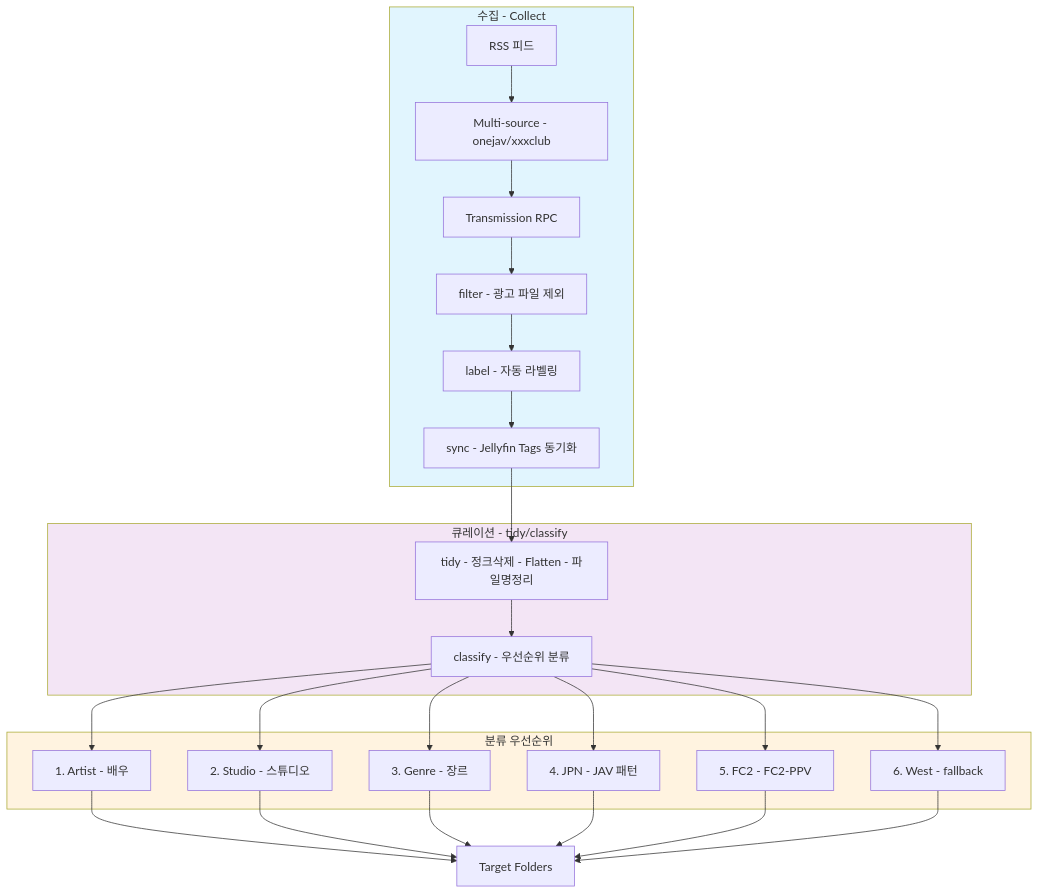
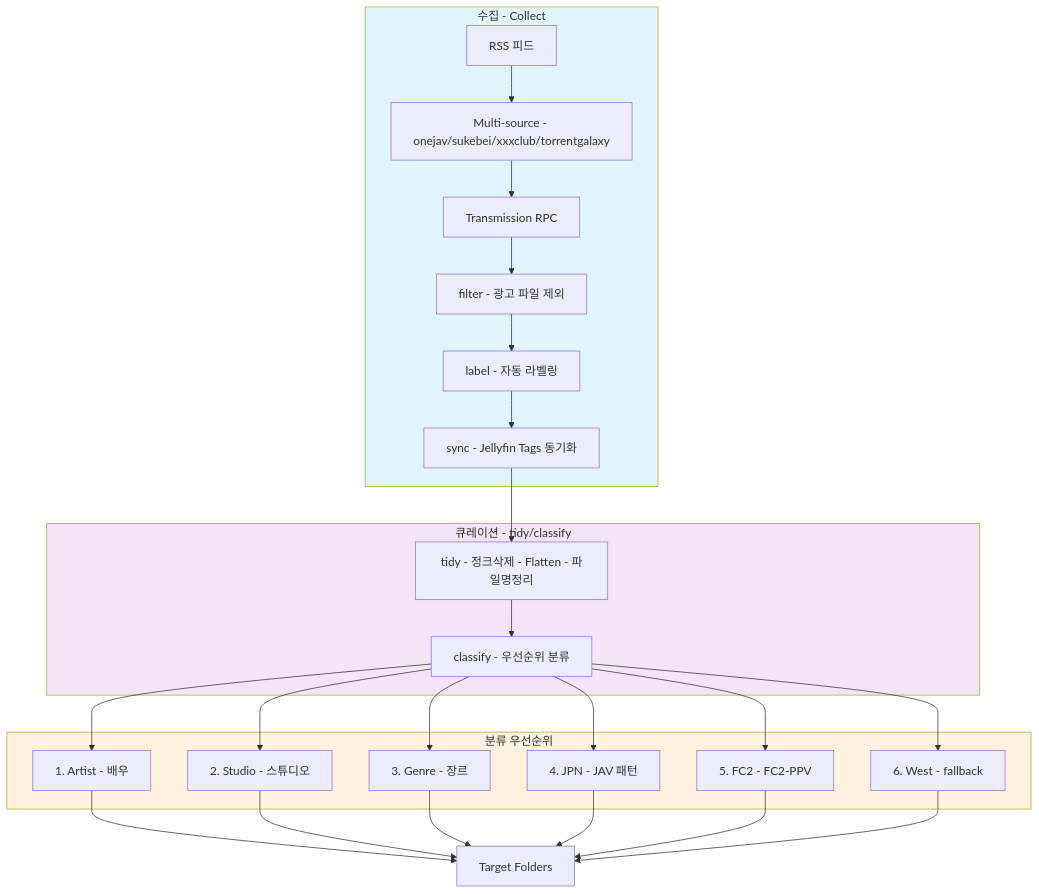
One commit to deuxksy/Meridian-X changed the diagram in README.md. Above: the diagram before and after it, drawn with Mermaid. The commit also changed other lines of this file, not shown here.

````diff
--- a/README.md
+++ b/README.md
@@ -34,35 +34,35 @@
 ```mermaid
 graph TB
     subgraph Collect[수집 - Collect]
-        RSS[RSS 피드] --> SRC[Multi-source - onejav/xxxclub]
+        RSS[RSS 피드] --> SRC[Multi-source - onejav/sukebei/xxxclub/torrentgalaxy]
         SRC --> TX[Transmission RPC]
         TX --> FIL[filter - 광고 파일 제외]
         FIL --> LAB[label - 자동 라벨링]
         LAB --> SYN[sync - Jellyfin Tags 동기화]
     end
 
     subgraph Curate[큐레이션 - tidy/classify]
         TIDY[tidy - 정크삭제 - Flatten - 파일명정리] --> CLS[classify - 우선순위 분류]
     end
 
     subgraph Priority[분류 우선순위]
         CLS --> A1[1. Artist - 배우]
         CLS --> A2[2. Studio - 스튜디오]
         CLS --> A3[3. Genre - 장르]
         CLS --> A4[4. JPN - JAV 패턴]
         CLS --> A5[5. FC2 - FC2-PPV]
         CLS --> A6[6. West - fallback]
     end
 
     SYN --> TIDY
     A1 --> TARGET[Target Folders]
     A2 --> TARGET
     A3 --> TARGET
     A4 --> TARGET
     A5 --> TARGET
     A6 --> TARGET
 
     style Collect fill:#e1f5fe
     style Curate fill:#f3e5f5
     style Priority fill:#fff3e0
 ```
````
